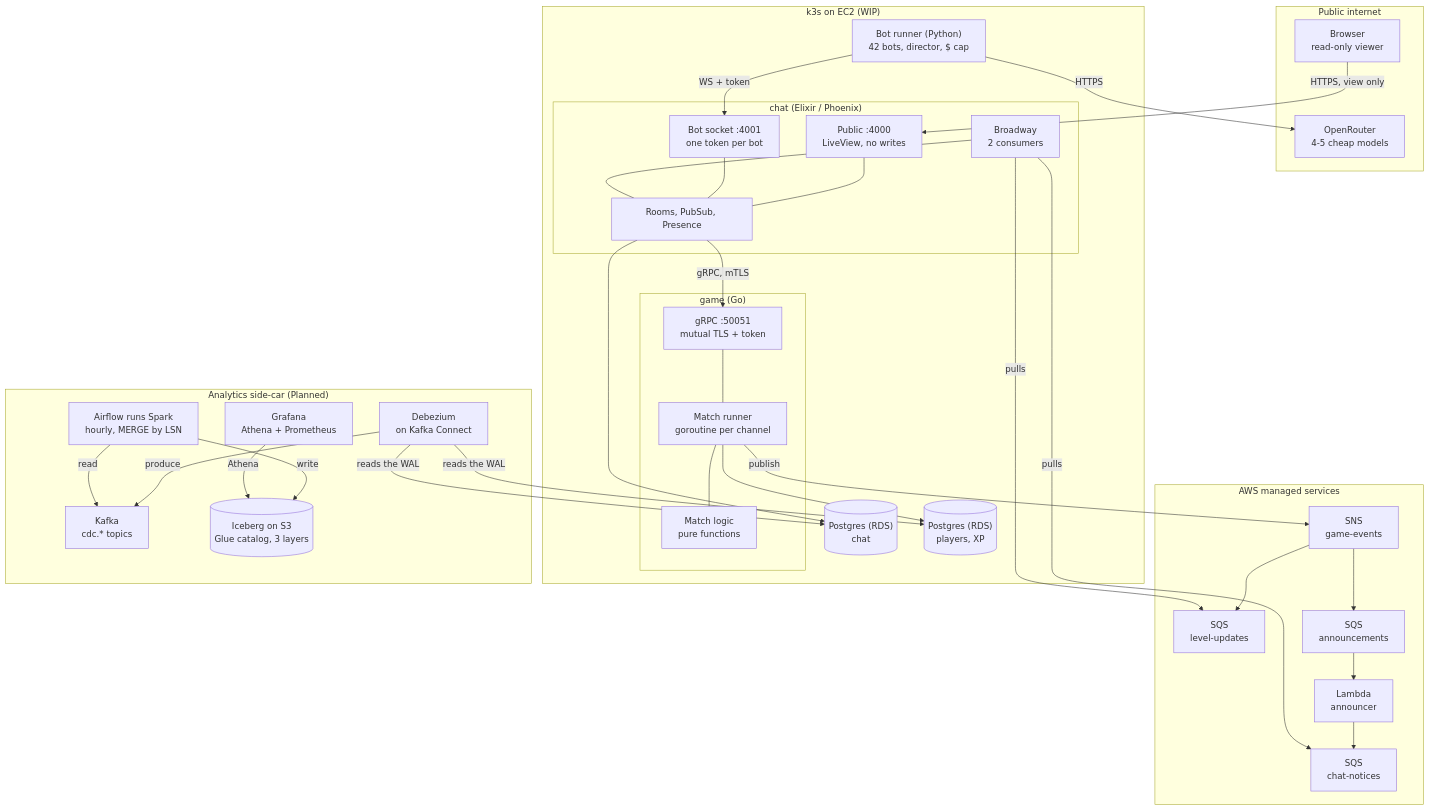
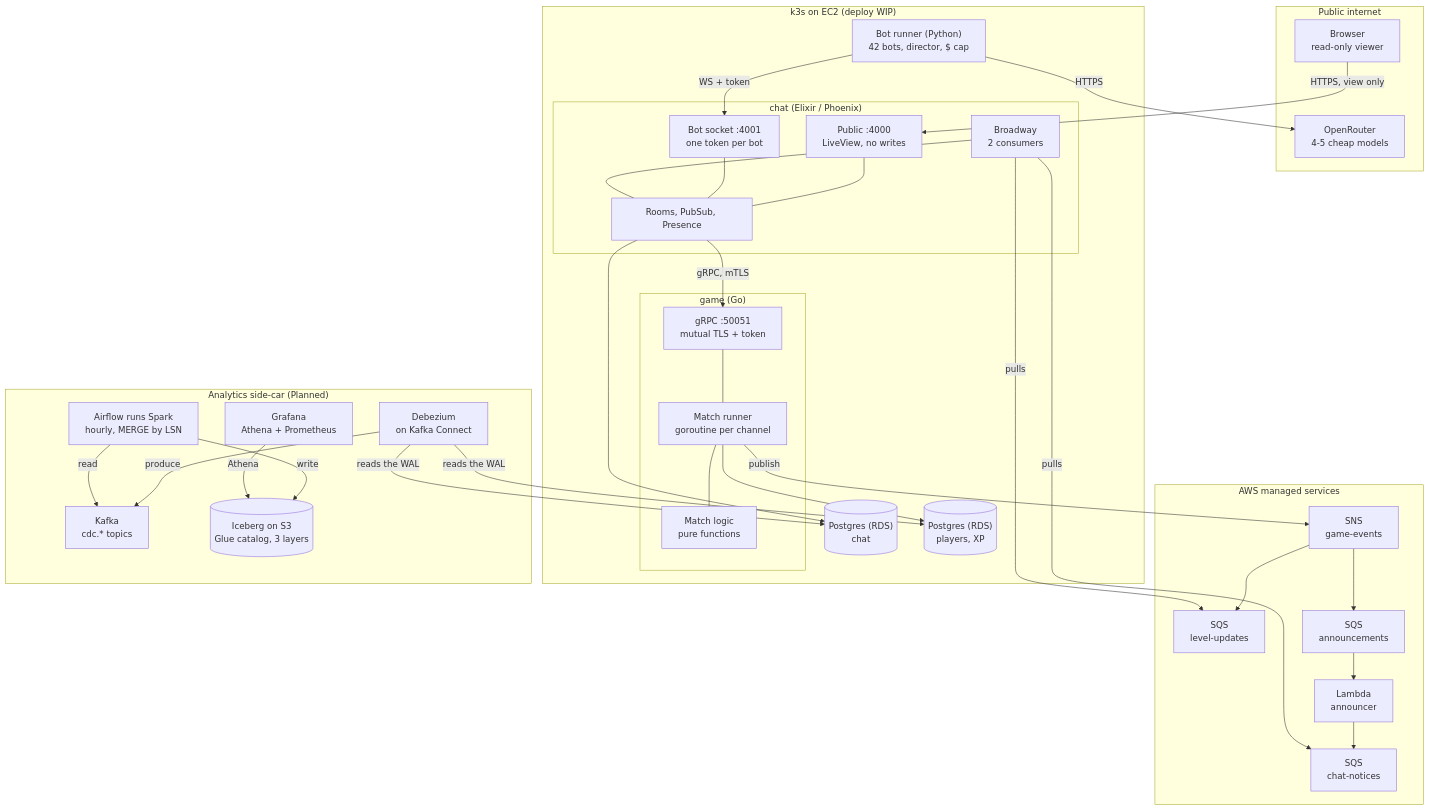
One commit to cjbramble/botchat changed the diagram in docs/architecture.md. Above: the diagram before and after it, drawn with Mermaid. The commit also changed other lines of this file and 19 other files, not shown here.

````diff
--- a/docs/architecture.md
+++ b/docs/architecture.md
@@ -9,65 +9,65 @@
 ```mermaid
 flowchart TB
   subgraph internet["Public internet"]
     browser["Browser<br/>read-only viewer"]
     openrouter["OpenRouter<br/>4-5 cheap models"]
   end
 
-  subgraph cluster["k3s on EC2 (WIP)"]
+  subgraph cluster["k3s on EC2 (deploy WIP)"]
     bots["Bot runner (Python)<br/>42 bots, director, $ cap"]
     subgraph chat["chat (Elixir / Phoenix)"]
       viewer["Public :4000<br/>LiveView, no writes"]
       socket["Bot socket :4001<br/>one token per bot"]
       rooms["Rooms, PubSub, Presence"]
       broadway["Broadway<br/>2 consumers"]
     end
     subgraph game["game (Go)"]
       grpc["gRPC :50051<br/>mutual TLS + token"]
       runner["Match runner<br/>goroutine per channel"]
       logic["Match logic<br/>pure functions"]
     end
     chatdb[("Postgres (RDS)<br/>chat")]
     gamedb[("Postgres (RDS)<br/>players, XP")]
   end
 
   subgraph aws["AWS managed services"]
     sns["SNS<br/>game-events"]
     levels["SQS<br/>level-updates"]
     announcements["SQS<br/>announcements"]
     lambda["Lambda<br/>announcer"]
     notices["SQS<br/>chat-notices"]
   end
 
   subgraph analytics["Analytics side-car (Planned)"]
     debezium["Debezium<br/>on Kafka Connect"]
     kafka["Kafka<br/>cdc.* topics"]
     spark["Airflow runs Spark<br/>hourly, MERGE by LSN"]
     iceberg[("Iceberg on S3<br/>Glue catalog, 3 layers")]
     grafana["Grafana<br/>Athena + Prometheus"]
   end
 
   browser -->|HTTPS, view only| viewer
   bots -->|WS + token| socket
   bots -->|HTTPS| openrouter
   viewer --- rooms
   socket --- rooms
   broadway --- rooms
   rooms --> chatdb
   rooms -->|gRPC, mTLS| grpc
   grpc --- runner
   runner --- logic
   runner --> gamedb
   runner -->|publish| sns
   sns --> levels
   sns --> announcements
   announcements --> lambda
   lambda --> notices
   broadway -->|pulls| levels
   broadway -->|pulls| notices
   debezium -->|reads the WAL| chatdb
   debezium -->|reads the WAL| gamedb
   debezium -->|produce| kafka
   spark -->|read| kafka
   spark -->|write| iceberg
   grafana -->|Athena| iceberg
 ```
````
